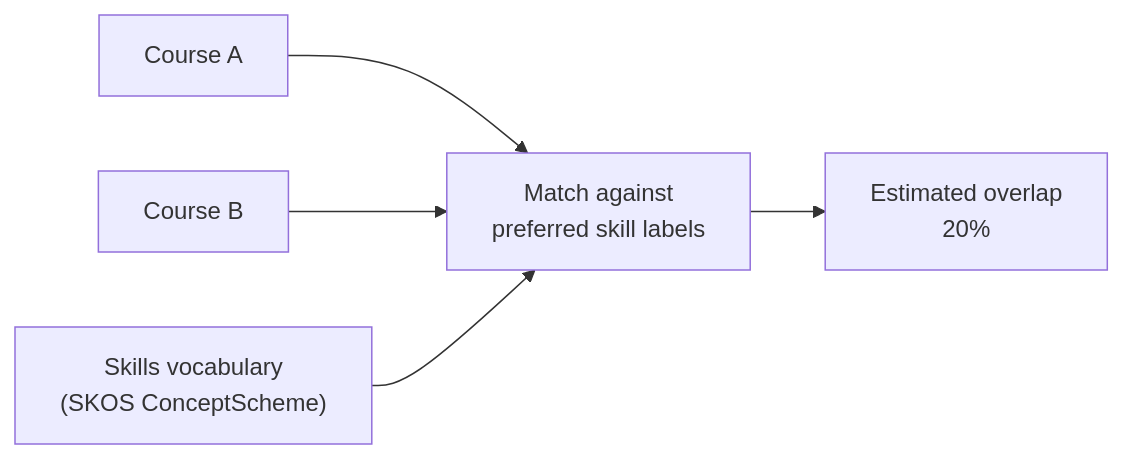
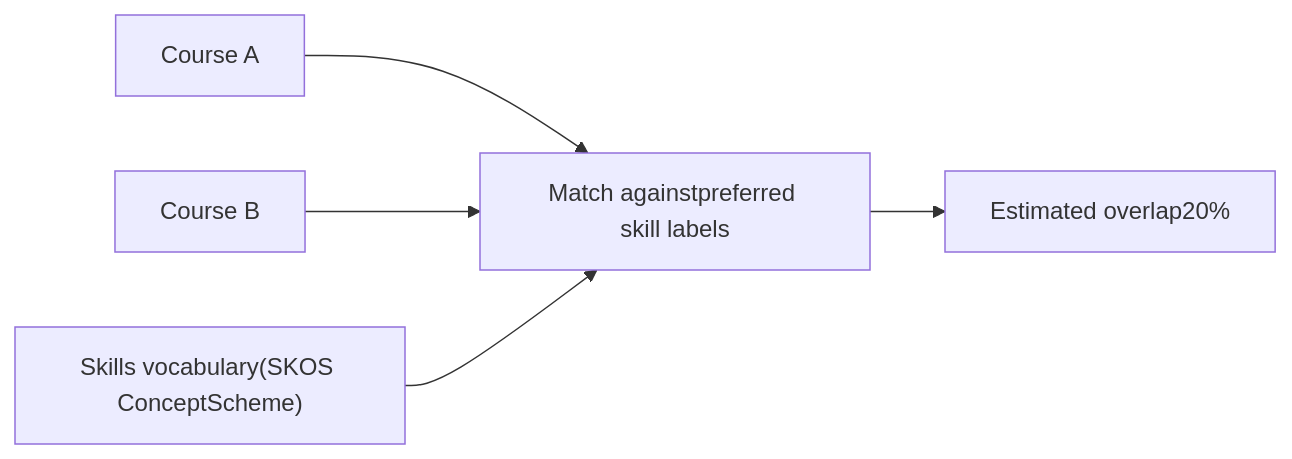
Before and after one commit to leskneebone/skills-SPARQL: diagram 11 of 18 in reports/creditTransfer.md, drawn with Mermaid. The commit also changed other lines of this file, not shown here.

````diff
--- a/reports/creditTransfer.md
+++ b/reports/creditTransfer.md
@@ -118,7 +118,7 @@
 ```mermaid
 flowchart LR
-  A["Course A"] --> M["Match against\npreferred skill labels"]
+  A["Course A"] --> M["Match againstpreferred skill labels"]
   B["Course B"] --> M
-  S["Skills vocabulary\n(SKOS ConceptScheme)"] --> M
-  M --> O["Estimated overlap\n20%"]
+  S["Skills vocabulary(SKOS ConceptScheme)"] --> M
+  M --> O["Estimated overlap20%"]
 ```
````
